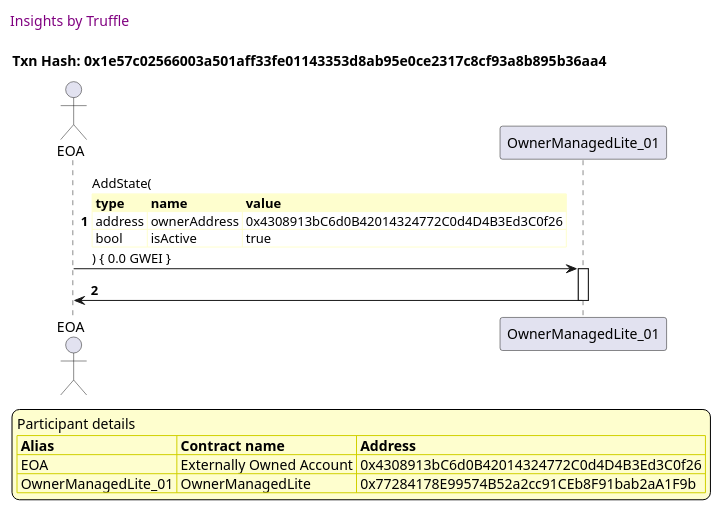
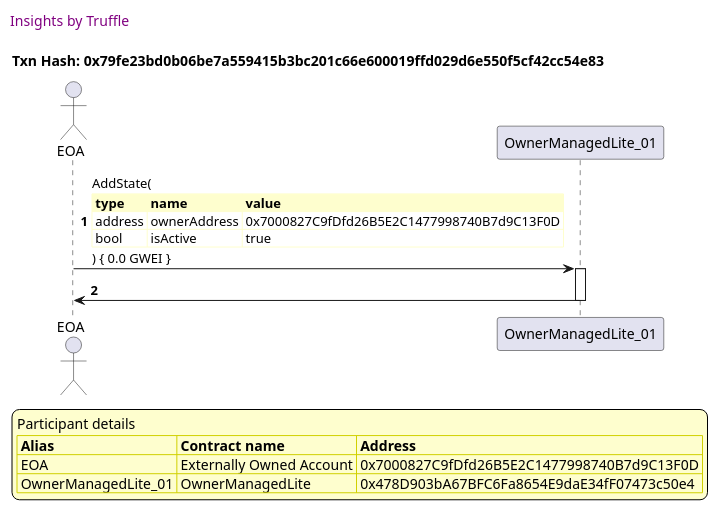
Before and after one commit to thedarkjester/ConsensysAssignment: the eighth of 31 diagrams in truffle-seq/OwnerManagedLite_test_griefing_prevention.md, drawn with PlantUML. The commit also changed other lines of this file and 13 other files, not shown here.

````diff
--- a/truffle-seq/OwnerManagedLite_test_griefing_prevention.md
+++ b/truffle-seq/OwnerManagedLite_test_griefing_prevention.md
@@ -374,41 +352,41 @@
 ```plantuml
 
 
 @startuml
 
 autonumber
 skinparam legendBackgroundColor #FEFECE
 
 <style>
       header {
         HorizontalAlignment left
         FontColor purple
         FontSize 14
         Padding 10
       }
     </style>
 
 header Insights by Truffle
 
-title Txn Hash: 0x1e57c02566003a501aff33fe01143353d8ab95e0ce2317c8cf93a8b895b36aa4
+title Txn Hash: 0x79fe23bd0b06be7a559415b3bc201c66e600019ffd029d6e550f5cf42cc54e83
 
 
 actor EOA as "EOA"
 participant OwnerManagedLite_01 as "OwnerManagedLite_01"
 
 "EOA" -> "OwnerManagedLite_01" ++: AddState(\n\
 <#FEFECE,#FEFECE>|= type |= name |= value |\n\
-| address | ownerAddress | 0x4308913bC6d0B42014324772C0d4D4B3Ed3C0f26 |\n\
+| address | ownerAddress | 0x7000827C9fDfd26B5E2C1477998740B7d9C13F0D |\n\
 | bool | isActive | true |\n\
 ) { 0.0 GWEI }
 "OwnerManagedLite_01" -> "EOA" --: 
 
 legend
 Participant details
 <#FEFECE,#D0D000>|= Alias |= Contract name |= Address |
-<#FEFECE>| EOA | Externally Owned Account | 0x4308913bC6d0B42014324772C0d4D4B3Ed3C0f26 |
-<#FEFECE>| OwnerManagedLite_01 | OwnerManagedLite | 0x77284178E99574B52a2cc91CEb8F91bab2aA1F9b |
+<#FEFECE>| EOA | Externally Owned Account | 0x7000827C9fDfd26B5E2C1477998740B7d9C13F0D |
+<#FEFECE>| OwnerManagedLite_01 | OwnerManagedLite | 0x478D903bA67BFC6Fa8654E9daE34fF07473c50e4 |
 endlegend
 
 @enduml
 ```
````
